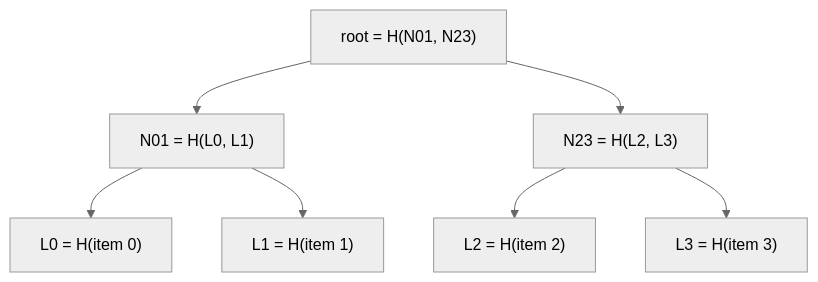
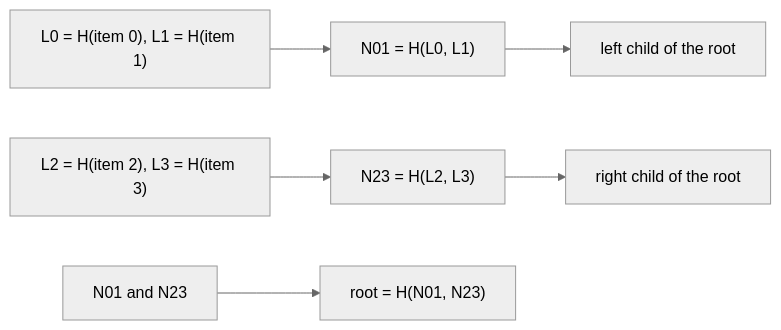
The second of 3 diagrams in guides/cryptographic-hashes/guide.md (bkuberek/coding-study), drawn with Mermaid (neutral theme) before and after one commit. The commit also changed other lines of this file and 12 other files, not shown here.

````diff
--- a/guides/cryptographic-hashes/guide.md
+++ b/guides/cryptographic-hashes/guide.md
@@ -141,11 +154,8 @@
 ```mermaid
-flowchart TD
-  accTitle: A Merkle tree over four items
-  accDescr: Four leaves L0 to L3 are hashes of the items. Node N01 hashes L0 and L1, node N23 hashes L2 and L3, and the root hashes N01 and N23.
-  root["root = H(N01, N23)"] --> n01["N01 = H(L0, L1)"]
-  root --> n23["N23 = H(L2, L3)"]
-  n01 --> l0["L0 = H(item 0)"]
-  n01 --> l1["L1 = H(item 1)"]
-  n23 --> l2["L2 = H(item 2)"]
-  n23 --> l3["L3 = H(item 3)"]
+flowchart LR
+  accTitle: A Merkle tree over four items, one subtree per row
+  accDescr: Leaves L0 and L1, the hashes of items 0 and 1, combine into node N01, the left child of the root. Leaves L2 and L3 combine into node N23, the right child. The root hashes N01 and N23.
+  left["L0 = H(item 0), L1 = H(item 1)"] --> n01["N01 = H(L0, L1)"] --> lc["left child of the root"]
+  right["L2 = H(item 2), L3 = H(item 3)"] --> n23["N23 = H(L2, L3)"] --> rc["right child of the root"]
+  both["N01 and N23"] --> root["root = H(N01, N23)"]
 ```
````
